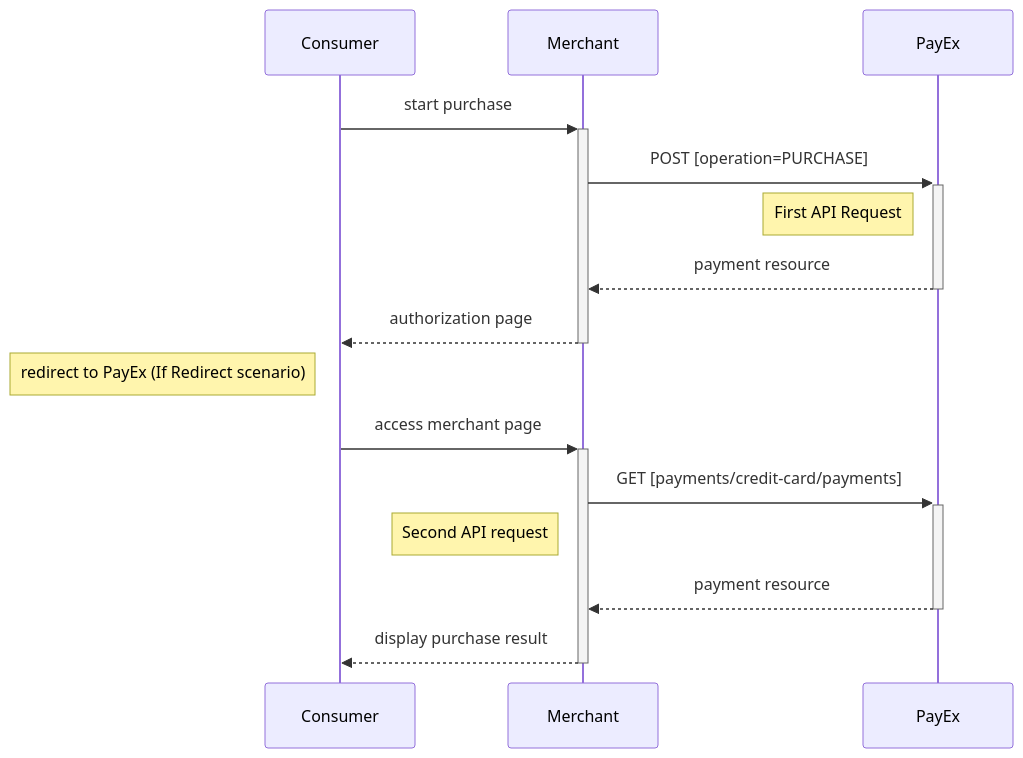
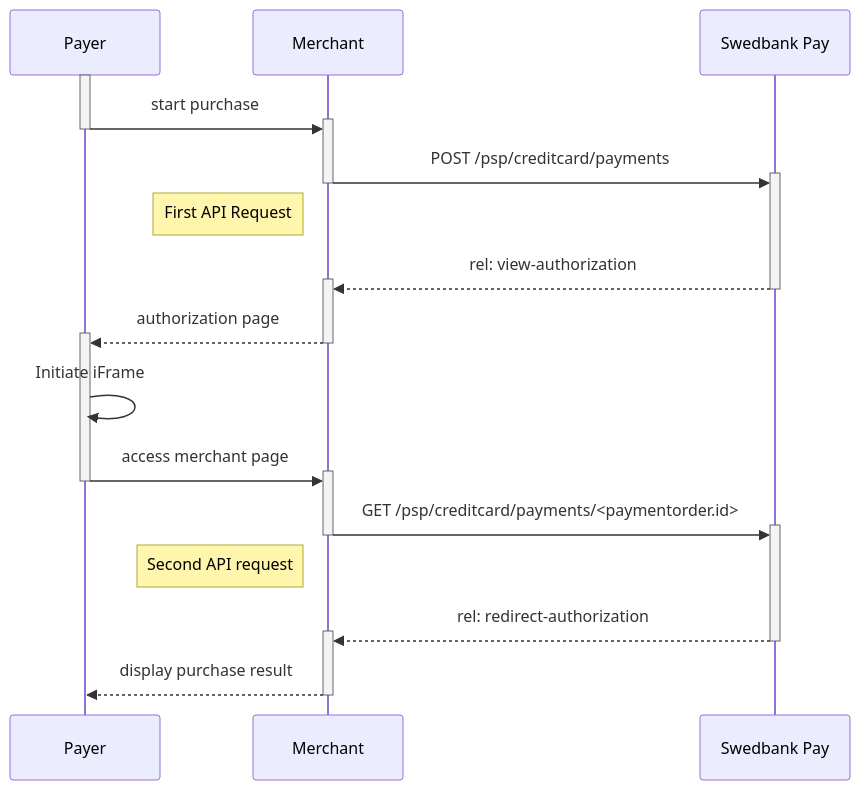
The first of 2 diagrams in payments/credit-card/seamless-view.md (SwedbankPay/developer.swedbankpay.com), drawn with Mermaid before and after one commit. The commit also changed other lines of this file and 3 other files, not shown here.

Commit message:
DX-384 editing sequence diagram in Introduction

````diff
--- a/payments/credit-card/seamless-view.md
+++ b/payments/credit-card/seamless-view.md
@@ -125,14 +125,26 @@
 ```mermaid
 sequenceDiagram
-    Consumer->>+Merchant: start purchase
-    Merchant->>+PayEx: POST [operation=PURCHASE]
-    Note left of PayEx: First API Request
-    PayEx-->>-Merchant: payment resource
-    Merchant-->>-Consumer: authorization page
-    note left of Consumer: redirect to PayEx (If Redirect scenario)
-    Consumer->>+Merchant: access merchant page
-    Merchant->>+PayEx: GET [payments/credit-card/payments]
+    participant Payer
+    participant Merchant
+    participant SwedbankPay as Swedbank Pay
+
+    activate Payer
+    Payer->>+Merchant: start purchase
+    deactivate Payer
+    Merchant->>+SwedbankPay: POST /psp/creditcard/payments
+    deactivate Merchant
+    note left of Merchant: First API Request
+    SwedbankPay-->>+Merchant: rel: view-authorization
+    deactivate SwedbankPay
+    Merchant-->>+Payer: authorization page
+    deactivate Merchant
+    Payer ->>Payer: Initiate iFrame
+    Payer->>+Merchant: access merchant page
+    deactivate Payer
+    Merchant->>+SwedbankPay: GET /psp/creditcard/payments/<paymentorder.id>
+    deactivate Merchant
     note left of Merchant: Second API request
-    PayEx-->>-Merchant: payment resource
-    Merchant-->>-Consumer: display purchase result
+    SwedbankPay-->>+Merchant: rel: redirect-authorization
+    deactivate SwedbankPay
+    Merchant-->>-Payer: display purchase result
 ```
````
